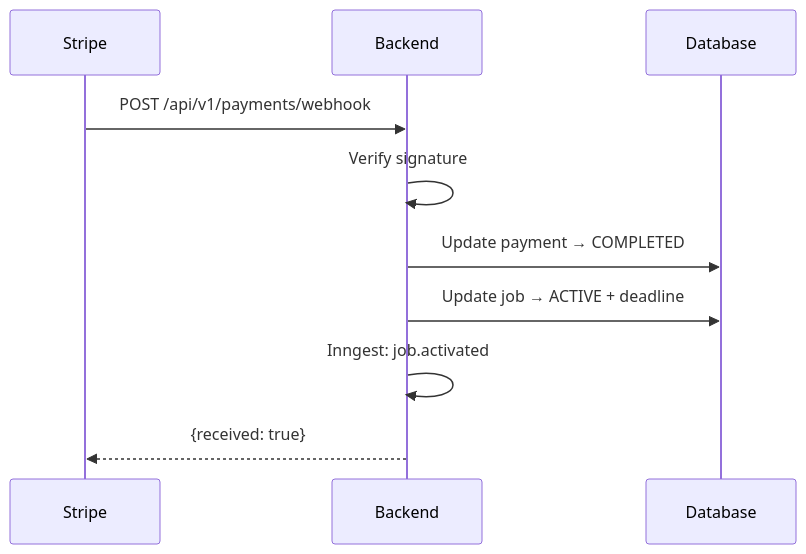
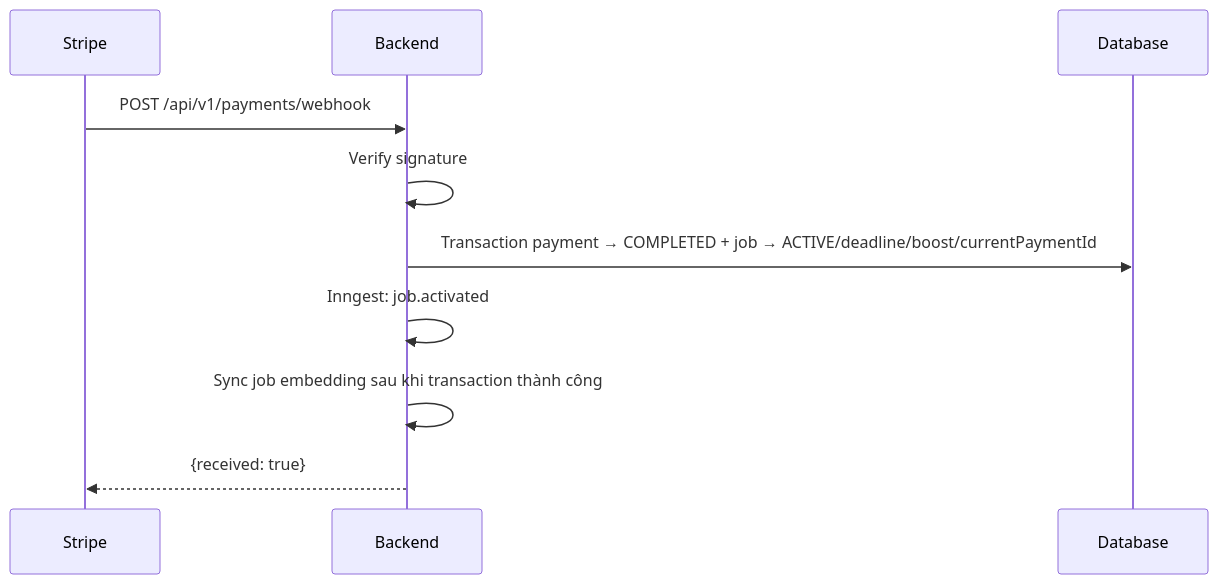
Before and after one commit to Hieuej147/job-PhuQuoc: diagram 17 of 28 in TEAM_FE_DOCUMENT.md, drawn with Mermaid. The commit also changed other lines of this file and 89 other files, not shown here.

````diff
--- a/TEAM_FE_DOCUMENT.md
+++ b/TEAM_FE_DOCUMENT.md
@@ -674,13 +675,13 @@
 ```mermaid
 sequenceDiagram
     participant Stripe as Stripe
     participant BE as Backend
     participant DB as Database
 
     Stripe->>BE: POST /api/v1/payments/webhook
     BE->>BE: Verify signature
-    BE->>DB: Update payment → COMPLETED
-    BE->>DB: Update job → ACTIVE + deadline
+    BE->>DB: Transaction payment → COMPLETED + job → ACTIVE/deadline/boost/currentPaymentId
     BE->>BE: Inngest: job.activated
+    BE->>BE: Sync job embedding sau khi transaction thành công
     BE-->>Stripe: {received: true}
 ```
````
